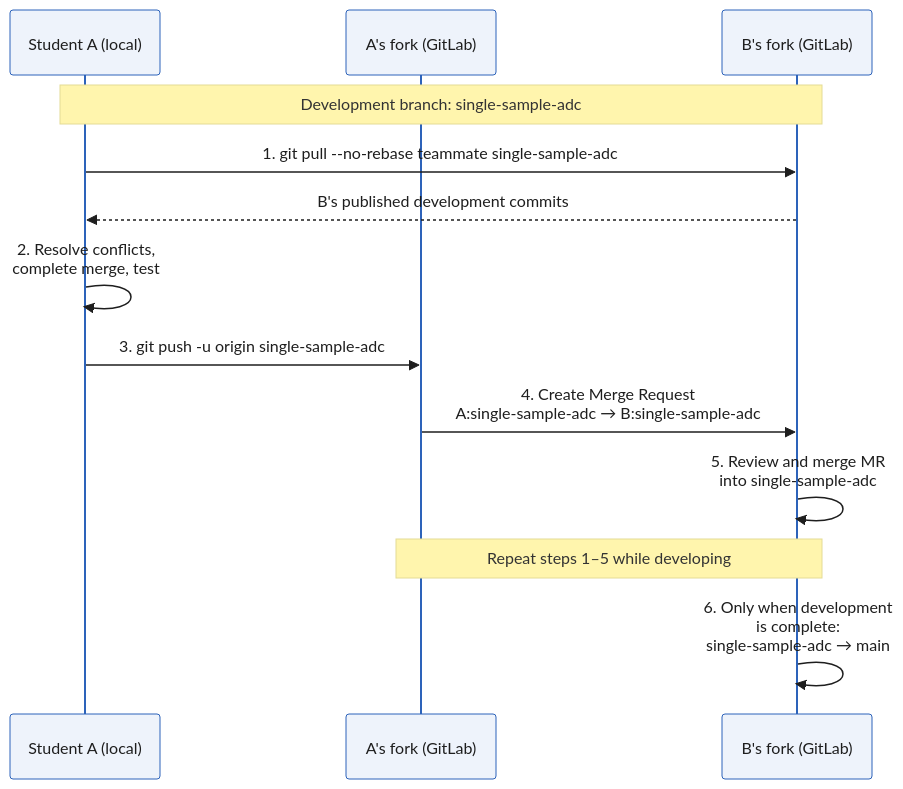
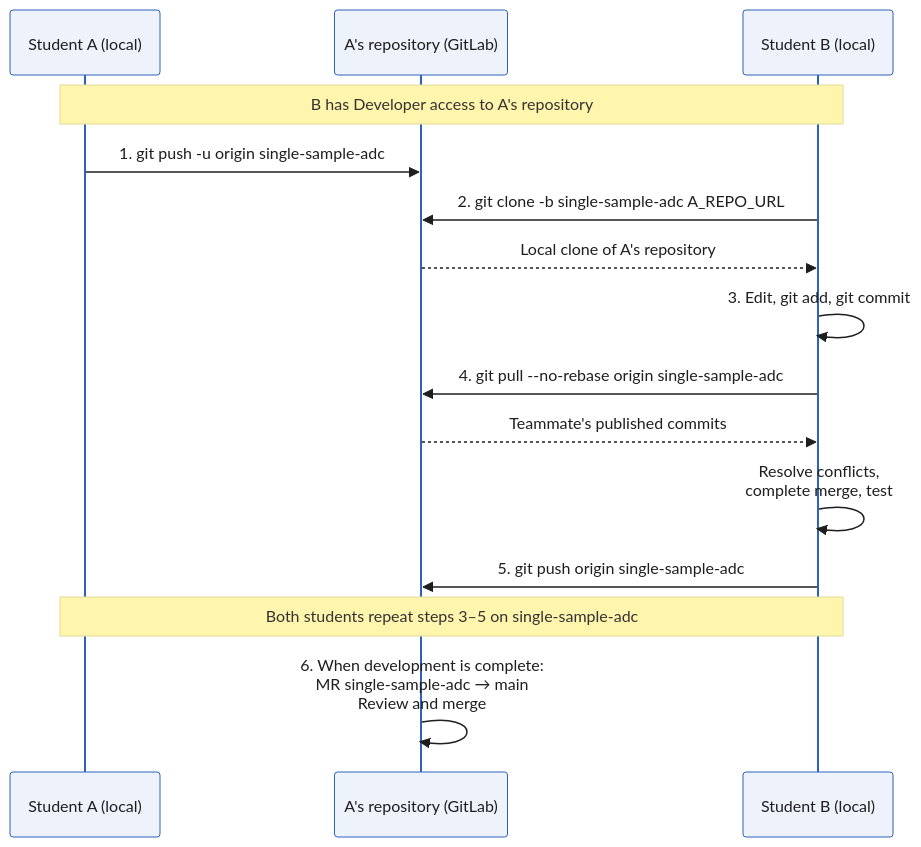
Before and after one commit to mlp6/Embedded-Medical-Devices: the fourth of 5 diagrams in slides/git-fundamentals.qmd, drawn with Mermaid. The commit also changed other lines of this file and 1 other file, not shown here.

Commit message:
change to use one student repo instead of 2 forks

````diff
--- a/slides/git-fundamentals.qmd
+++ b/slides/git-fundamentals.qmd
@@ -489,19 +491,21 @@
 ```{mermaid}
 %%{init: {"theme": "base", "themeVariables": {"primaryColor": "#eef3fb", "primaryBorderColor": "#2d63ba", "primaryTextColor": "#1e1e1e", "lineColor": "#2d63ba", "edgeLabelBackground": "#ffffff"}}}%%
 sequenceDiagram
     accTitle: Share Student A's development work with Student B
-    accDescr: A pulls B's single-sample-adc changes, resolves conflicts locally, pushes to A's fork, and opens a Merge Request into B's single-sample-adc. After review, B merges the request. Only completed development is merged into main. Reverse the roles for B to share with A.
+    accDescr: A adds B as a Developer to A's GitLab repository and publishes single-sample-adc. B clones that branch from A's repository, commits local work, pulls shared changes, resolves conflicts and tests, then pushes to the same branch. Both students repeat this cycle. When development is complete, they open a Merge Request into main for review.
     participant A as Student A (local)
-    participant AF as A's fork (GitLab)
-    participant BF as B's fork (GitLab)
+    participant Repo as A's repository (GitLab)
+    participant B as Student B (local)
 
-    Note over A,BF: Development branch: single-sample-adc
-    A->>BF: 1. git pull --no-rebase teammate single-sample-adc
-    BF-->>A: B's published development commits
-    A->>A: 2. Resolve conflicts,<br/>complete merge, test
-    A->>AF: 3. git push -u origin single-sample-adc
-    AF->>BF: 4. Create Merge Request<br/>A:single-sample-adc → B:single-sample-adc
-    BF->>BF: 5. Review and merge MR<br/>into single-sample-adc
-    Note over AF,BF: Repeat steps 1–5 while developing
-    BF->>BF: 6. Only when development<br/>is complete:<br/>single-sample-adc → main
+    Note over A,B: B has Developer access to A's repository
+    A->>Repo: 1. git push -u origin single-sample-adc
+    B->>Repo: 2. git clone -b single-sample-adc A_REPO_URL
+    Repo-->>B: Local clone of A's repository
+    B->>B: 3. Edit, git add, git commit
+    B->>Repo: 4. git pull --no-rebase origin single-sample-adc
+    Repo-->>B: Teammate's published commits
+    B->>B: Resolve conflicts,<br/>complete merge, test
+    B->>Repo: 5. git push origin single-sample-adc
+    Note over A,B: Both students repeat steps 3–5 on single-sample-adc
+    Repo->>Repo: 6. When development is complete:<br/>MR single-sample-adc → main<br/>Review and merge
 ```
````
